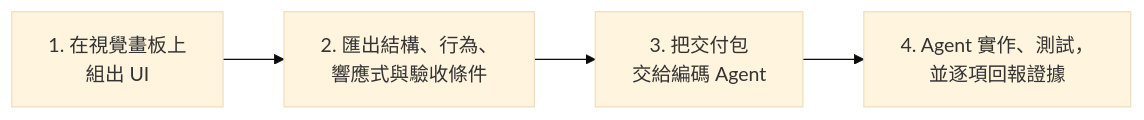
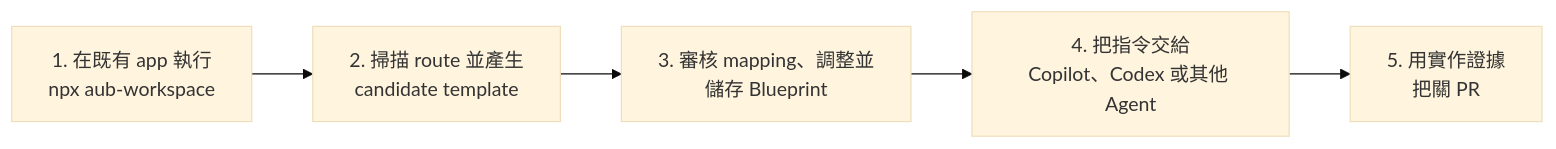
One commit to HenryLau1103/AUB changed the diagram in README.zh-Hant.md. Above: the diagram before and after it, drawn with Mermaid (base theme). The commit also changed other lines of this file and 31 other files, not shown here.

````diff
--- a/README.zh-Hant.md
+++ b/README.zh-Hant.md
@@ -26,6 +26,7 @@
 ```mermaid
 flowchart LR
-  A["1. 在視覺畫板上<br/>組出 UI"] --> B["2. 匯出結構、行為、<br/>響應式與驗收條件"]
-  B --> C["3. 把交付包<br/>交給編碼 Agent"]
-  C --> D["4. Agent 實作、測試，<br/>並逐項回報證據"]
+  A["1. 在既有 app 執行<br/>npx aub-workspace"] --> B["2. 掃描 route 並產生<br/>candidate template"]
+  B --> C["3. 審核 mapping、調整並<br/>儲存 Blueprint"]
+  C --> D["4. 把指令交給<br/>Copilot、Codex 或其他 Agent"]
+  D --> E["5. 用實作證據<br/>把關 PR"]
 ```
````
